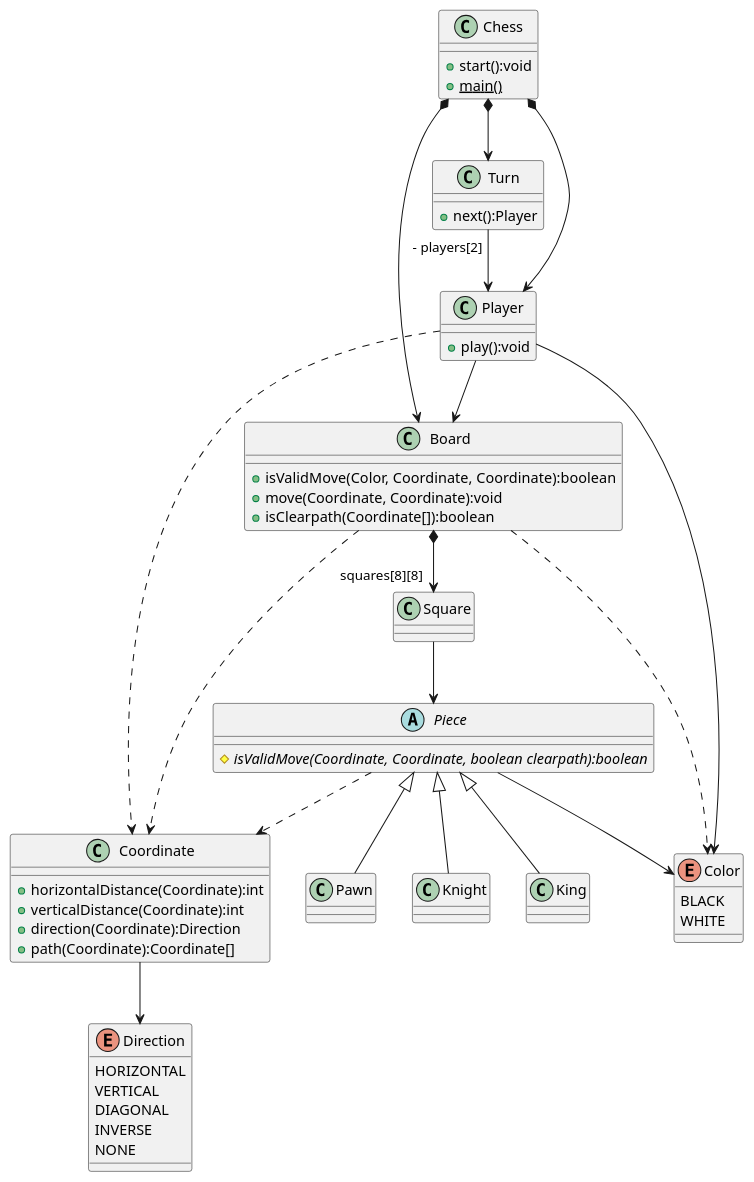
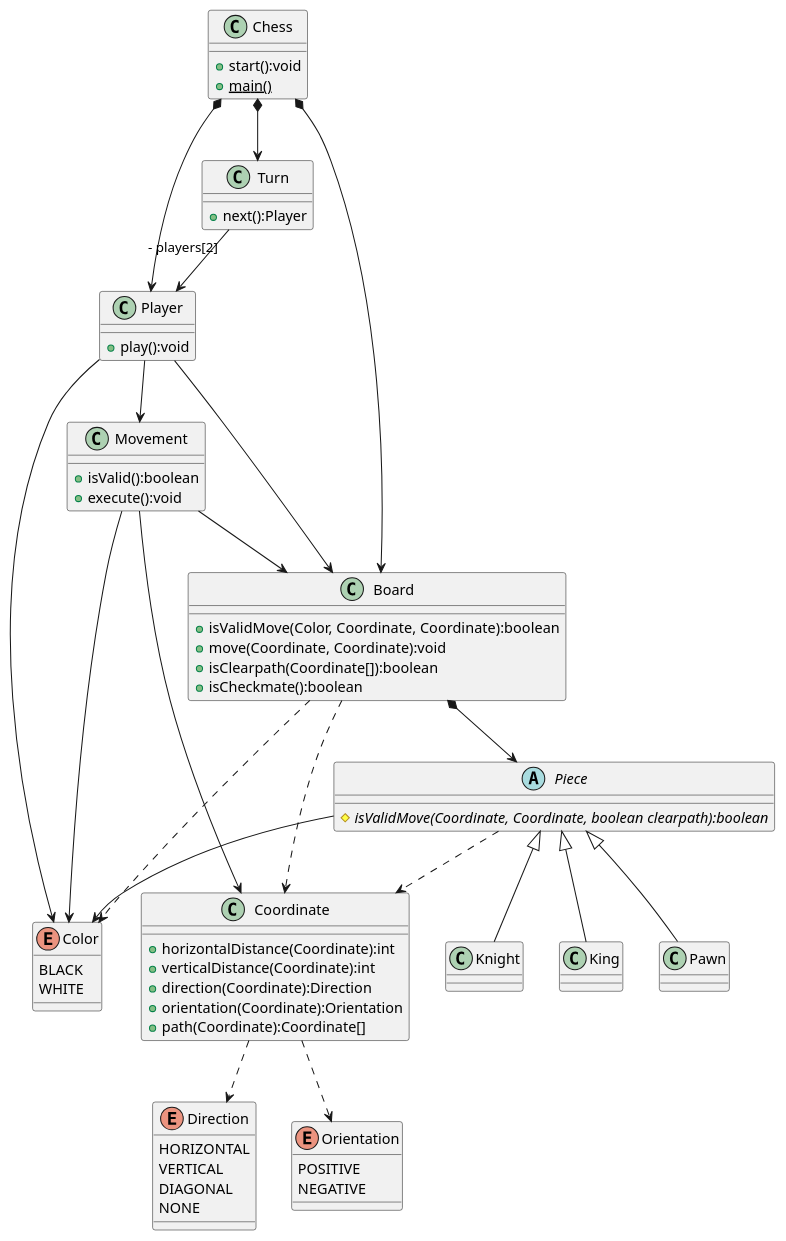
The diagram in docs/chess.puml (ioni5/chess), drawn with PlantUML before and after one commit. The commit also changed 3 other files, not shown here.

```diff
--- a/docs/chess.puml
+++ b/docs/chess.puml
@@ -1,68 +1,82 @@
 @startuml chess
 
 class Chess {
     + start():void
     + {static} main()
 }
 
 Chess *--> Board
 Chess *--> Player
 Chess *--> Turn
 
 Turn "- players[2]" --> Player
 
 class Turn {
     + next():Player
 }
 
 Player --> Board
 Player --> Color
+Player --> Movement
+
+Movement --> Coordinate
+Movement --> Color
+Movement --> Board
+
+class Movement {
+    + isValid():boolean
+    + execute():void
+}
 
 class Player {
     + play():void
 }
 
-Player ..> Coordinate
 
 class Board {
     + isValidMove(Color, Coordinate, Coordinate):boolean
     + move(Coordinate, Coordinate):void
     + isClearpath(Coordinate[]):boolean
+    + isCheckmate():boolean
 }
 
 Board ..> Coordinate
 Board ..> Color
-Board *--> "squares[8][8]" Square
-Square --> Piece
+Board *--> Piece
 Piece --> Color
 Piece ..> Coordinate
 
 abstract class Piece {
     # {abstract} isValidMove(Coordinate, Coordinate, boolean clearpath):boolean
 }
 
 Piece <|-- Pawn
 Piece <|-- Knight
 Piece <|-- King
 
 Enum Color {
     BLACK
     WHITE
 }
 
 class Coordinate {
     + horizontalDistance(Coordinate):int
     + verticalDistance(Coordinate):int
     + direction(Coordinate):Direction
+    + orientation(Coordinate):Orientation
     + path(Coordinate):Coordinate[]
 }
-Coordinate --> Direction
+Coordinate ..> Direction
 enum Direction {
     HORIZONTAL
     VERTICAL
     DIAGONAL
-    INVERSE
     NONE
+}
+Coordinate ..> Orientation
+enum Orientation {
+    POSITIVE
+    NEGATIVE
 }
 
 @enduml
```
